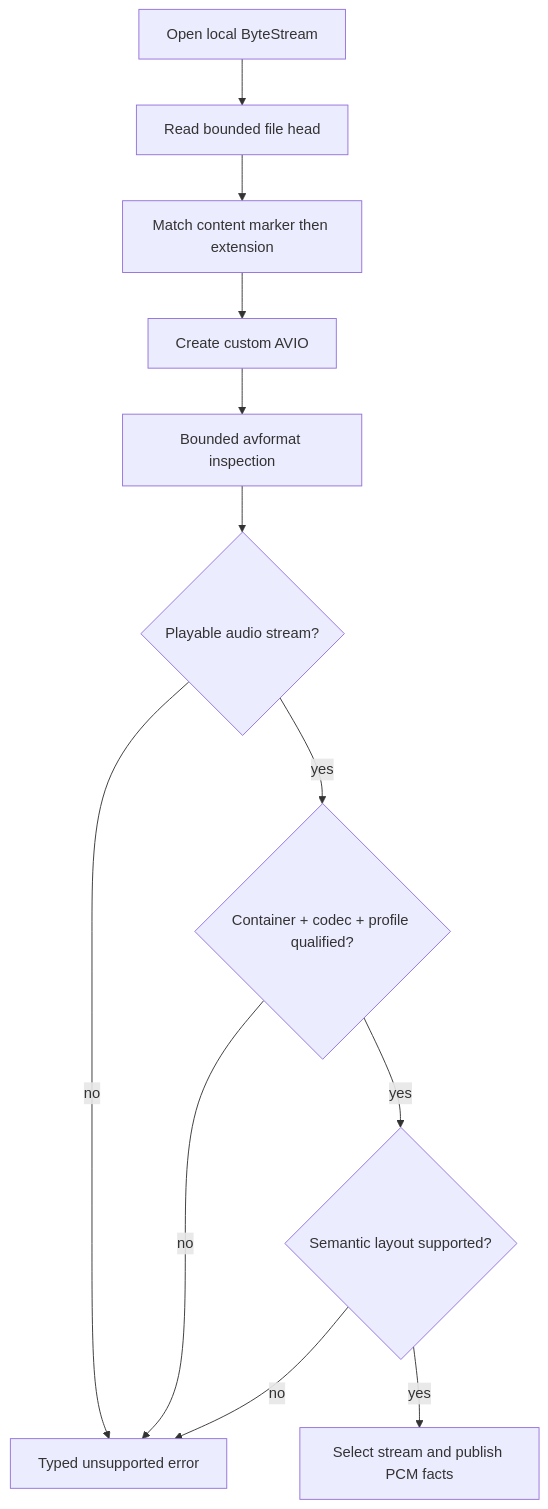
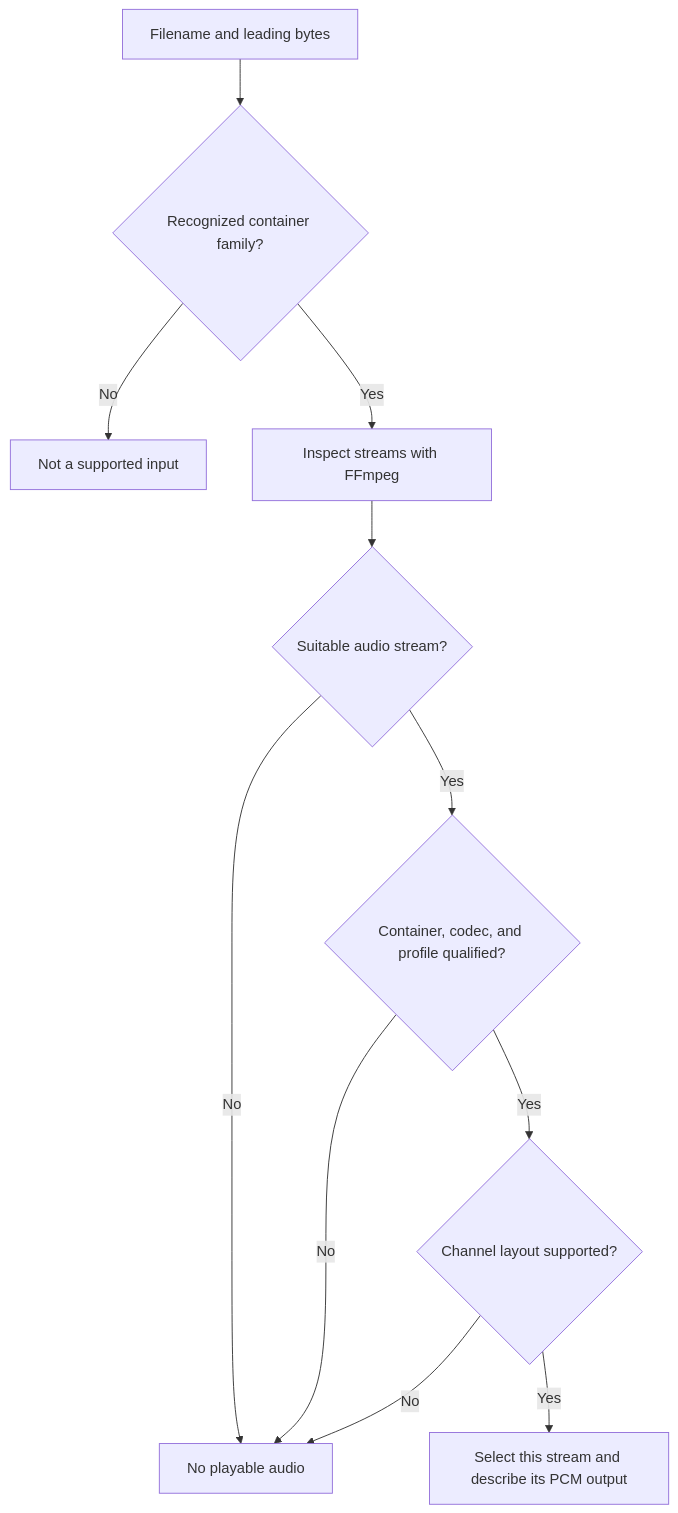
One commit to Vokerlee/wiola-player changed the third of 8 diagrams in src/codec/README.md. Above: the diagram before and after it, drawn with Mermaid. The commit also changed other lines of this file, not shown here.

````diff
--- a/src/codec/README.md
+++ b/src/codec/README.md
@@ -181,14 +80,13 @@
 ```mermaid
 flowchart TD
-    Start[Open local ByteStream] --> Head[Read bounded file head]
-    Head --> Match[Match content marker then extension]
-    Match --> AVIO[Create custom AVIO]
-    AVIO --> Probe[Bounded avformat inspection]
-    Probe --> Audio{Playable audio stream?}
-    Audio -->|no| Unsupported[Typed unsupported error]
-    Audio -->|yes| Matrix{Container + codec + profile qualified?}
-    Matrix -->|no| Unsupported
-    Matrix -->|yes| Layout{Semantic layout supported?}
-    Layout -->|no| Unsupported
-    Layout -->|yes| Facts[Select stream and publish PCM facts]
+    File[Filename and leading bytes] --> Match{Recognized container family?}
+    Match -->|No| NotMine[Not a supported input]
+    Match -->|Yes| Inspect[Inspect streams with FFmpeg]
+    Inspect --> Audio{Suitable audio stream?}
+    Audio -->|No| Unsupported[No playable audio]
+    Audio -->|Yes| Qualified{Container, codec, and profile qualified?}
+    Qualified -->|No| Unsupported
+    Qualified -->|Yes| Layout{Channel layout supported?}
+    Layout -->|No| Unsupported
+    Layout -->|Yes| Select[Select this stream and describe its PCM output]
 ```
````
